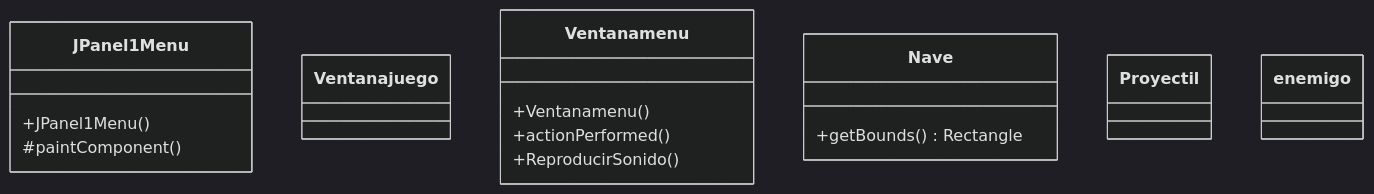
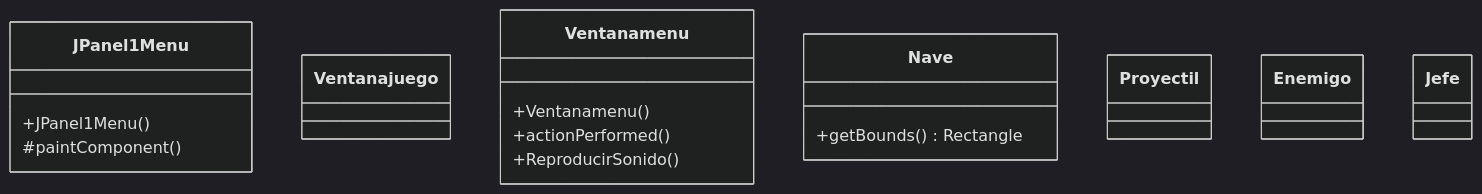
The diagram in UML.md (moronlopezalvaro/ProyectoFinalProgramacion), drawn with Mermaid (dark theme) before and after one commit.

Commit message:
Rename enemigo class to Enemigo and add Jefe class

````diff
--- a/UML.md
+++ b/UML.md
@@ -1,28 +1,33 @@
 ```mermaid
 
 classDiagram
 class JPanel1Menu {
     +JPanel1Menu()
     #paintComponent()
 }
 
 class Ventanajuego {
 }
 
 class Ventanamenu {
     +Ventanamenu()
     +actionPerformed()
     +ReproducirSonido()
 }
 
 class Nave {
     +getBounds() Rectangle
 }
 
 class Proyectil {
 }
 
-class enemigo {
+class Enemigo {
 }
 
+class Jefe {
+}
+
+
+
 ```
````
